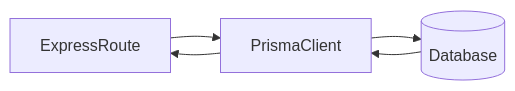
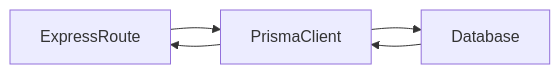
Before and after one commit to N-Dave-08/fs-course-backend: the diagram in level-02-database-integration/lesson-02-queries.md, drawn with Mermaid. The commit also changed 18 other files, not shown here.

````diff
--- a/level-02-database-integration/lesson-02-queries.md
+++ b/level-02-database-integration/lesson-02-queries.md
@@ -32,7 +32,7 @@
 ```mermaid
 flowchart LR
   route[ExpressRoute] --> prisma[PrismaClient]
-  prisma --> db[(Database)]
+  prisma --> db[Database]
   db --> prisma
   prisma --> route
 ```
````
